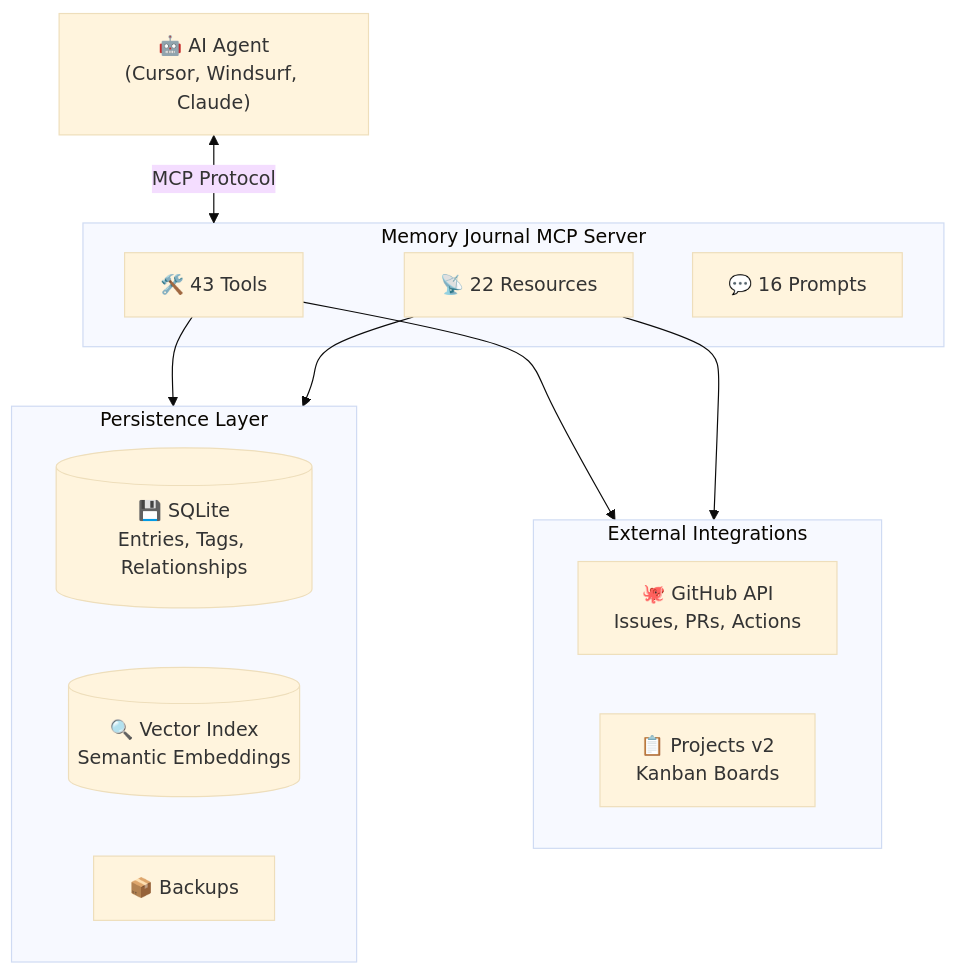
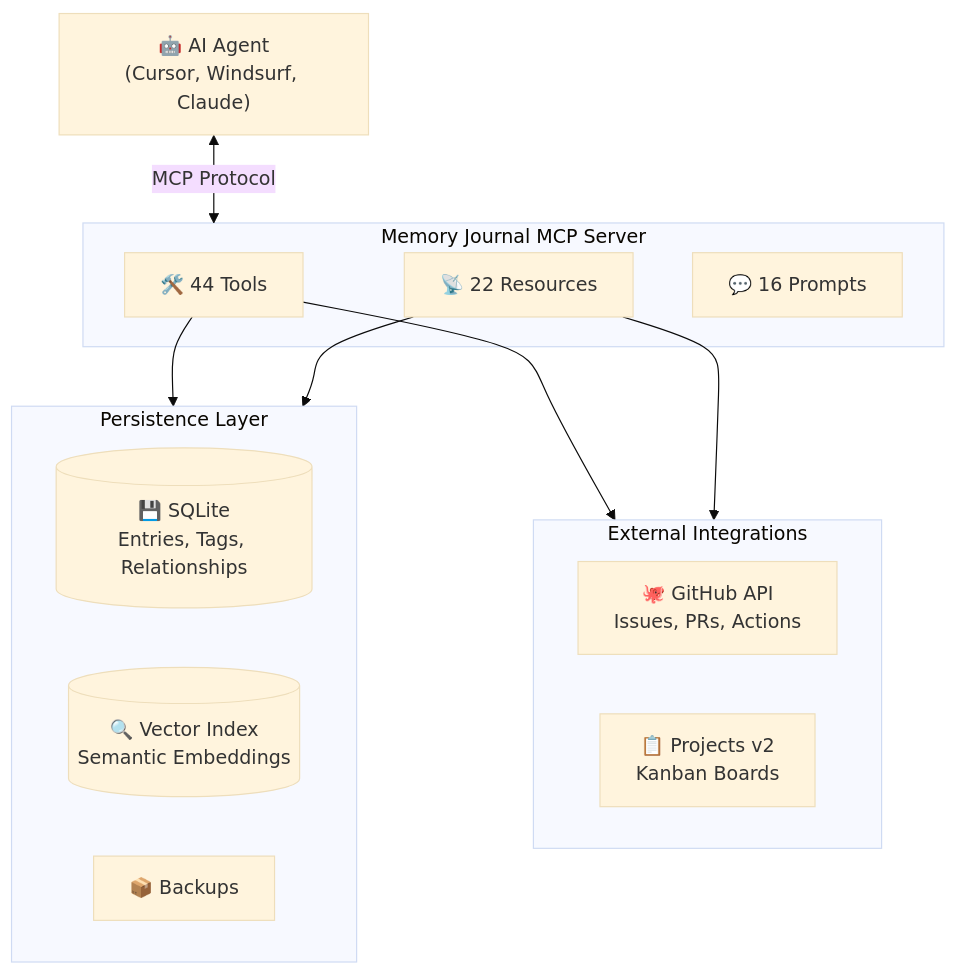
Before and after one commit to neverinfamous/memory-journal-mcp: the second of 2 diagrams in README.md, drawn with Mermaid (base theme). The commit also changed other lines of this file and 15 other files, not shown here.

````diff
--- a/README.md
+++ b/README.md
@@ -553,27 +536,27 @@
 ```mermaid
 flowchart TB
     AI["🤖 AI Agent<br/>(Cursor, Windsurf, Claude)"]
 
     subgraph MCP["Memory Journal MCP Server"]
-        Tools["🛠️ 43 Tools"]
+        Tools["🛠️ 44 Tools"]
         Resources["📡 22 Resources"]
         Prompts["💬 16 Prompts"]
     end
 
     subgraph Storage["Persistence Layer"]
         SQLite[("💾 SQLite<br/>Entries, Tags, Relationships")]
         Vector[("🔍 Vector Index<br/>Semantic Embeddings")]
         Backups["📦 Backups"]
     end
 
     subgraph External["External Integrations"]
         GitHub["🐙 GitHub API<br/>Issues, PRs, Actions"]
         Kanban["📋 Projects v2<br/>Kanban Boards"]
     end
 
     AI <-->|"MCP Protocol"| MCP
     Tools --> Storage
     Tools --> External
     Resources --> Storage
     Resources --> External
 ```
````
